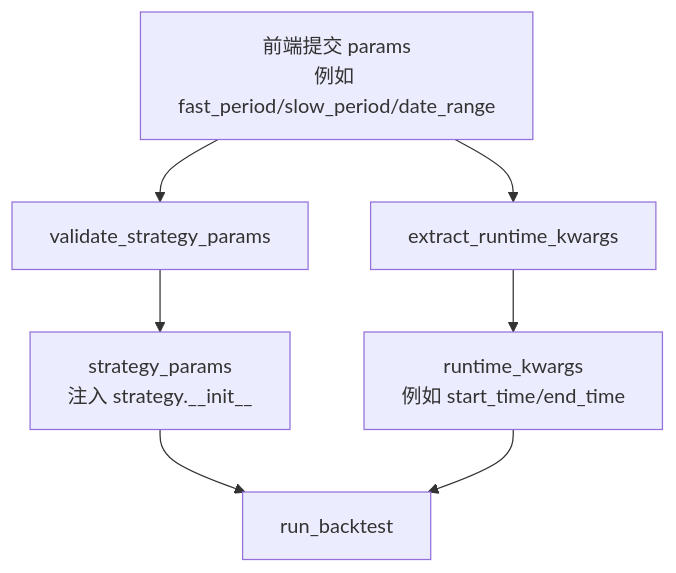
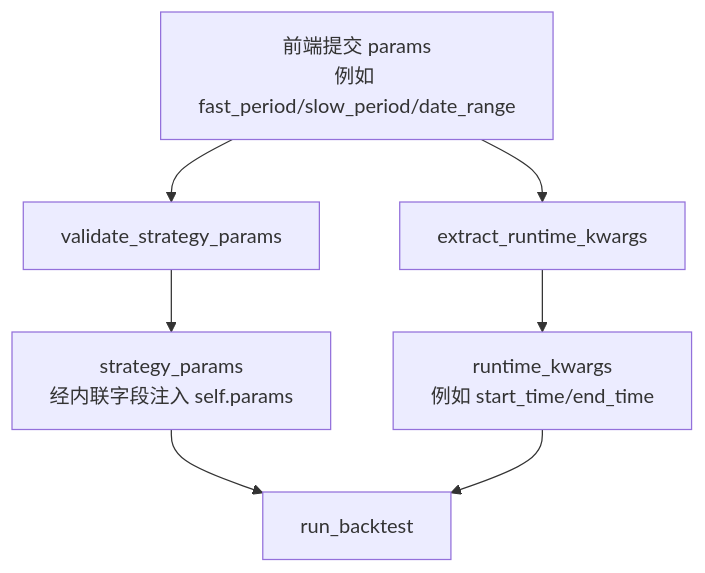
The diagram in docs/zh/guide/examples.md (akfamily/akquant), drawn with Mermaid before and after one commit. The commit also changed other lines of this file and 7 other files, not shown here.

````diff
--- a/docs/zh/guide/examples.md
+++ b/docs/zh/guide/examples.md
@@ -66,9 +66,9 @@
 ```mermaid
 flowchart TD
     A[前端提交 params<br/>例如 fast_period/slow_period/date_range] --> B[validate_strategy_params]
-    B --> C[strategy_params<br/>注入 strategy.__init__]
+    B --> C[strategy_params<br/>经内联字段注入 self.params]
     A --> D[extract_runtime_kwargs]
     D --> E[runtime_kwargs<br/>例如 start_time/end_time]
     C --> F[run_backtest]
     E --> F
 ```
````
